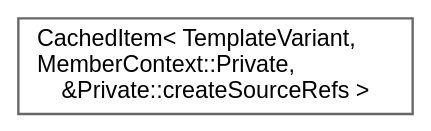
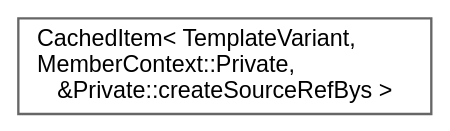
Before and after one commit to Mu-L/doxygen: the diagram in inherit_graph_188.dot, drawn with Graphviz. The commit also changed 4545 other files, not shown here.

```diff
--- a/inherit_graph_188.dot
+++ b/inherit_graph_188.dot
@@ -1,10 +1,10 @@
 digraph "Graphical Class Hierarchy"
 {
  // INTERACTIVE_SVG=YES
  // LATEX_PDF_SIZE
   bgcolor="transparent";
   edge [fontname=Helvetica,fontsize=10,labelfontname=Helvetica,labelfontsize=10];
   node [fontname=Helvetica,fontsize=10,shape=box,height=0.2,width=0.4];
   rankdir="LR";
-  Node0 [label="CachedItem\< TemplateVariant,\l MemberContext::Private,\l &Private::createSourceRefs \>",height=0.2,width=0.4,color="grey40", fillcolor="white", style="filled",URL="$d7/dc1/class_cached_item.html",tooltip=" "];
+  Node0 [label="CachedItem\< TemplateVariant,\l MemberContext::Private,\l &Private::createSourceRefBys \>",height=0.2,width=0.4,color="grey40", fillcolor="white", style="filled",URL="$d7/dc1/class_cached_item.html",tooltip=" "];
 }
```
